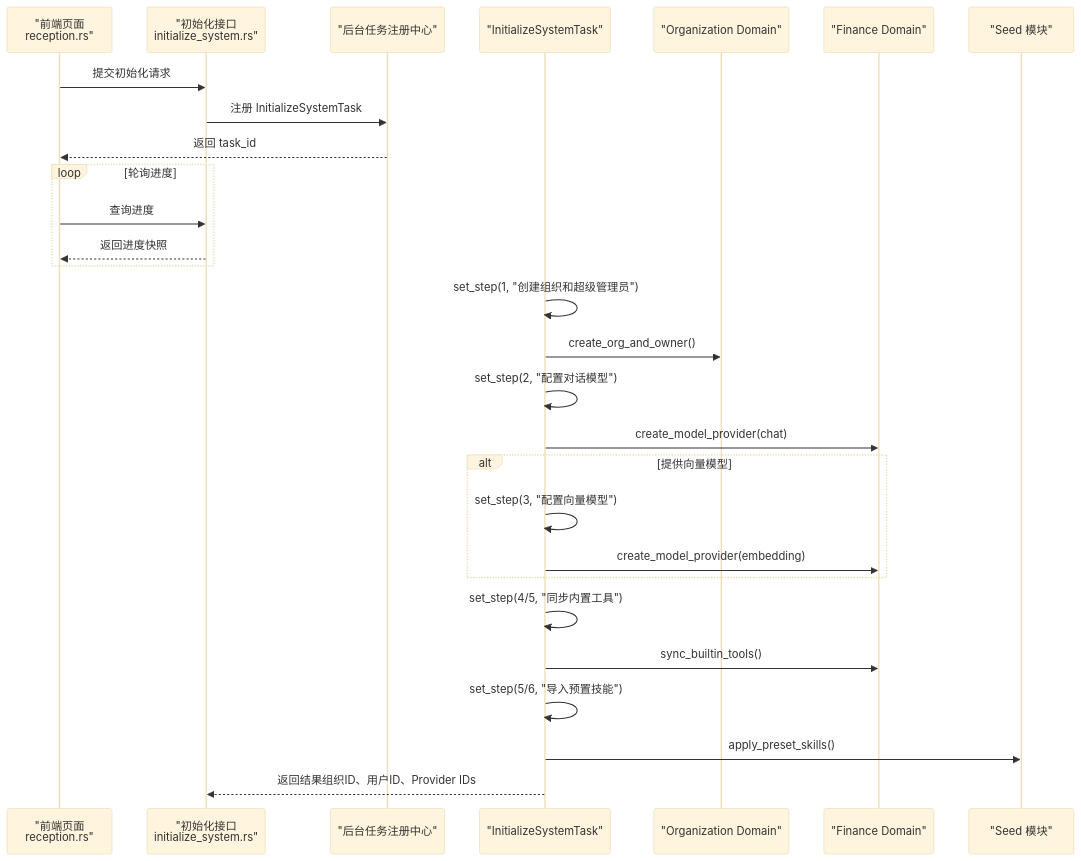
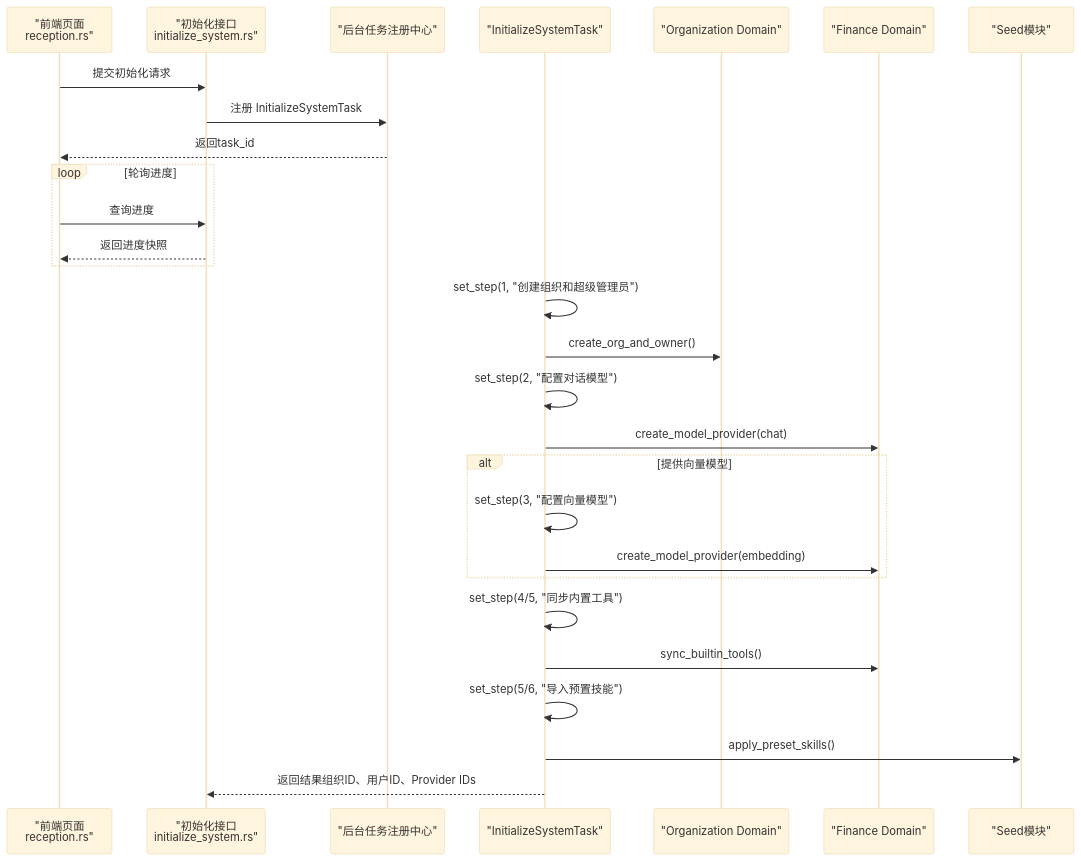
The seventh of 8 diagrams in .qoder/repowiki/zh/content/功能模块/用户与组织管理/系统初始化.md (runningcoders/ai_orz), drawn with Mermaid (base theme) before and after one commit. The commit also changed other lines of this file and 142 other files, not shown here.

````diff
--- a/.qoder/repowiki/zh/content/功能模块/用户与组织管理/系统初始化.md
+++ b/.qoder/repowiki/zh/content/功能模块/用户与组织管理/系统初始化.md
@@ -290,30 +381,30 @@
 ```mermaid
 sequenceDiagram
 participant FE as "前端页面<br/>reception.rs"
 participant API as "初始化接口<br/>initialize_system.rs"
 participant RT as "后台任务注册中心"
 participant T as "InitializeSystemTask"
 participant Org as "Organization Domain"
 participant Fin as "Finance Domain"
-participant Seed as "Seed 模块"
+participant Seed as "Seed模块"
 FE->>API : 提交初始化请求
 API->>RT : 注册 InitializeSystemTask
-RT-->>FE : 返回 task_id
+RT-->>FE : 返回task_id
 loop 轮询进度
 FE->>API : 查询进度
 API-->>FE : 返回进度快照
 end
 T->>T : set_step(1, "创建组织和超级管理员")
 T->>Org : create_org_and_owner()
 T->>T : set_step(2, "配置对话模型")
 T->>Fin : create_model_provider(chat)
 alt 提供向量模型
 T->>T : set_step(3, "配置向量模型")
 T->>Fin : create_model_provider(embedding)
 end
 T->>T : set_step(4/5, "同步内置工具")
 T->>Fin : sync_builtin_tools()
 T->>T : set_step(5/6, "导入预置技能")
 T->>Seed : apply_preset_skills()
 T-->>API : 返回结果组织ID、用户ID、Provider IDs
 ```
````
